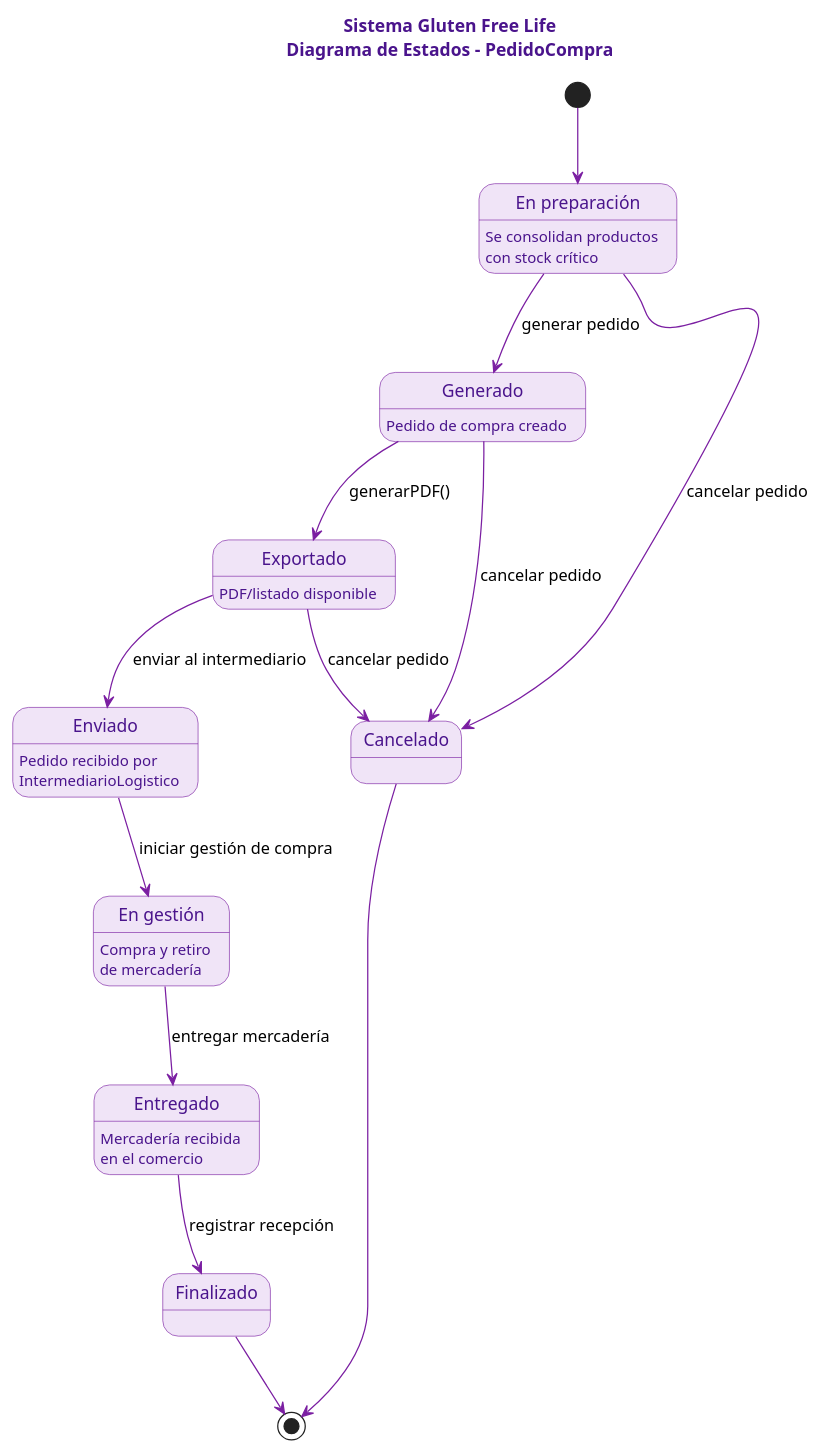
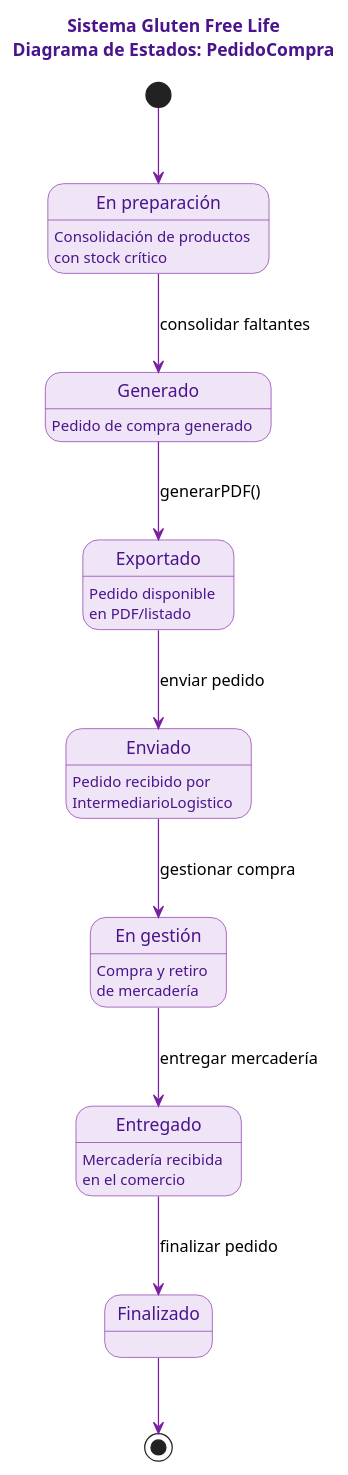
Before and after one commit to ailenpaez/Diagramas-Etapa2-PP4-Override: the diagram in diagrama-estados.puml, drawn with PlantUML. The commit also changed 2 other files, not shown here.

Commit message:
Correcciones en diagramas

```diff
--- a/diagrama-estados.puml
+++ b/diagrama-estados.puml
@@ -1,55 +1,49 @@
 @startuml
-title Sistema Gluten Free Life\nDiagrama de Estados - PedidoCompra
+title Sistema Gluten Free Life\nDiagrama de Estados: PedidoCompra
 
 skinparam backgroundColor #FFFFFF
 skinparam state {
     BackgroundColor #F0E4F7
     BorderColor #7B1FA2
     FontColor #4A148C
 }
 skinparam ArrowColor #7B1FA2
 skinparam titleFontColor #4A148C
 
 [*] --> EnPreparacion
 
 state "En preparación" as EnPreparacion
 state "Generado" as Generado
 state "Exportado" as Exportado
 state "Enviado" as Enviado
 state "En gestión" as EnGestion
 state "Entregado" as Entregado
 state "Finalizado" as Finalizado
-state "Cancelado" as Cancelado
 
-EnPreparacion : Se consolidan productos\ncon stock crítico
+EnPreparacion : Consolidación de productos\ncon stock crítico
 
-EnPreparacion --> Generado : generar pedido
+EnPreparacion --> Generado : consolidar faltantes
 
-Generado : Pedido de compra creado
+Generado : Pedido de compra generado
 
 Generado --> Exportado : generarPDF()
 
-Exportado : PDF/listado disponible
+Exportado : Pedido disponible\nen PDF/listado
 
-Exportado --> Enviado : enviar al intermediario
+Exportado --> Enviado : enviar pedido
 
 Enviado : Pedido recibido por\nIntermediarioLogistico
 
-Enviado --> EnGestion : iniciar gestión de compra
+Enviado --> EnGestion : gestionar compra
 
 EnGestion : Compra y retiro\nde mercadería
 
 EnGestion --> Entregado : entregar mercadería
 
 Entregado : Mercadería recibida\nen el comercio
 
-Entregado --> Finalizado : registrar recepción
-
-EnPreparacion --> Cancelado : cancelar pedido
-Generado --> Cancelado : cancelar pedido
-Exportado --> Cancelado : cancelar pedido
+Entregado --> Finalizado : finalizar pedido
 
 Finalizado --> [*]
-Cancelado --> [*]
 
 @enduml
```
